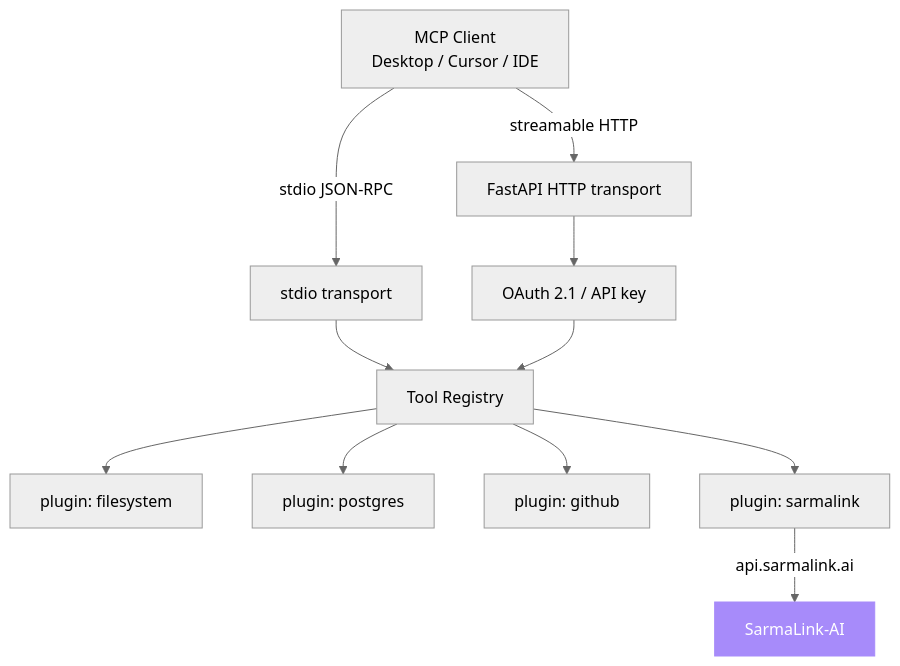
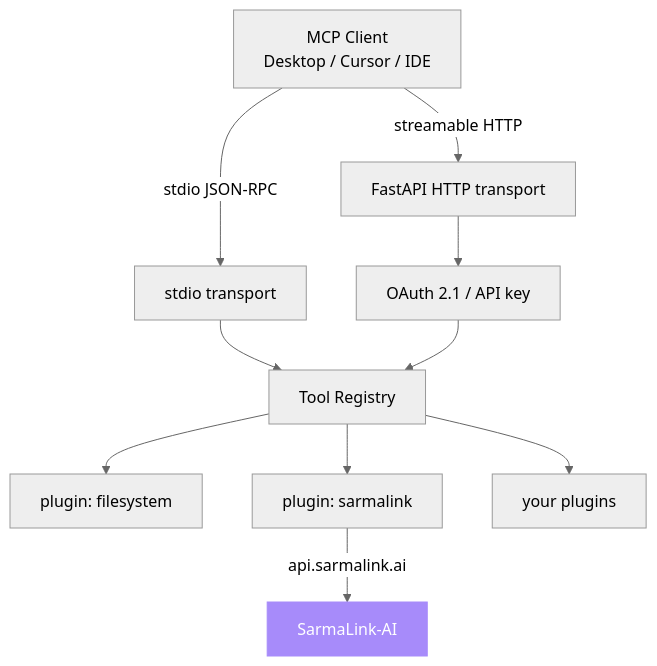
Before and after one commit to sarmakska/mcp-server-toolkit: the diagram in README.md, drawn with Mermaid (neutral theme). The commit also changed other lines of this file and 1 other file, not shown here.

````diff
--- a/README.md
+++ b/README.md
@@ -27,17 +24,16 @@
 ```mermaid
 graph TD
   Client[MCP Client<br/>Desktop / Cursor / IDE]
   Client -->|stdio JSON-RPC| Stdio[stdio transport]
   Client -->|streamable HTTP| HTTP[FastAPI HTTP transport]
   Stdio --> Reg[Tool Registry]
   HTTP --> Auth[OAuth 2.1 / API key]
   Auth --> Reg
   Reg --> P1[plugin: filesystem]
-  Reg --> P2[plugin: postgres]
-  Reg --> P3[plugin: github]
-  Reg --> P4[plugin: sarmalink]
-  P4 -->|api.sarmalink.ai| SLAI[SarmaLink-AI]
+  Reg --> P2[plugin: sarmalink]
+  Reg --> P3[your plugins]
+  P2 -->|api.sarmalink.ai| SLAI[SarmaLink-AI]
 
   classDef ext fill:#a78bfa,stroke:#a78bfa,color:#fff
   class SLAI ext
 ```
````
